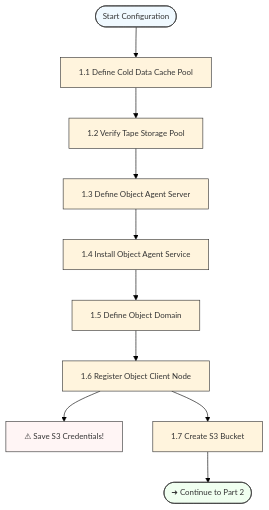
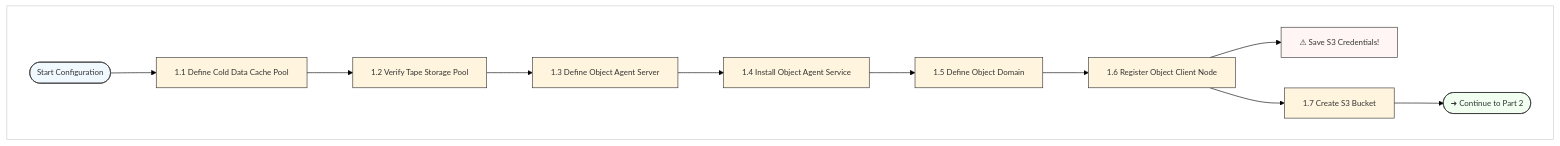
The tenth of 17 diagrams in blueprint/integrations/data-protect/defender-data-protect-with-storage-protect-tape-integration.md (TarSemaj/storage-protect-galaxy), drawn with Mermaid before and after one commit. The commit also changed other lines of this file, not shown here.

Commit message:
Diagram formatting changes

````diff
--- a/blueprint/integrations/data-protect/defender-data-protect-with-storage-protect-tape-integration.md
+++ b/blueprint/integrations/data-protect/defender-data-protect-with-storage-protect-tape-integration.md
@@ -1288,18 +1295,21 @@
 ```mermaid
 %%{init: {'theme':'base', 'themeVariables': {'fontSize':'13px', 'fontFamily':'arial', 'background':'white', 'primaryBackground':'white', 'nodeBorder':'#333333', 'edgeLabelBackground':'white'}}}%%
 flowchart TD
-    Start([Start Configuration])
-    Start --> SP1a[1.1 Define Cold Data Cache Pool]
-    SP1a --> SP1b[1.2 Verify Tape Storage Pool]
-    SP1b --> SP1c[1.3 Define Object Agent Server]
-    SP1c --> SP1d[1.4 Install Object Agent Service]
-    SP1d --> SP1e[1.5 Define Object Domain]
-    SP1e --> SP1f[1.6 Register Object Client Node]
-    SP1f --> SP1h["⚠ Save S3 Credentials!"]
-    SP1f --> SP1g[1.7 Create S3 Bucket]
-    SP1g --> Continue([➜ Continue to Part 2])
+    subgraph BG[" "]
+        Start([Start Configuration])
+        Start --> SP1a[1.1 Define Cold Data Cache Pool]
+        SP1a --> SP1b[1.2 Verify Tape Storage Pool]
+        SP1b --> SP1c[1.3 Define Object Agent Server]
+        SP1c --> SP1d[1.4 Install Object Agent Service]
+        SP1d --> SP1e[1.5 Define Object Domain]
+        SP1e --> SP1f[1.6 Register Object Client Node]
+        SP1f --> SP1h["⚠ Save S3 Credentials!"]
+        SP1f --> SP1g[1.7 Create S3 Bucket]
+        SP1g --> Continue([➜ Continue to Part 2])
+    end
 
+    style BG fill:white,stroke:#cccccc
     style Start fill:#f0f9ff
     style SP1h fill:#fff5f5
     style Continue fill:#f0fff0
 ```
````
